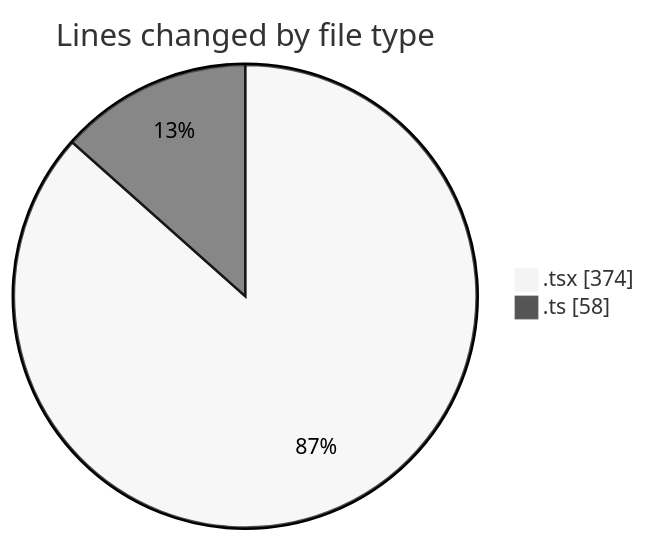
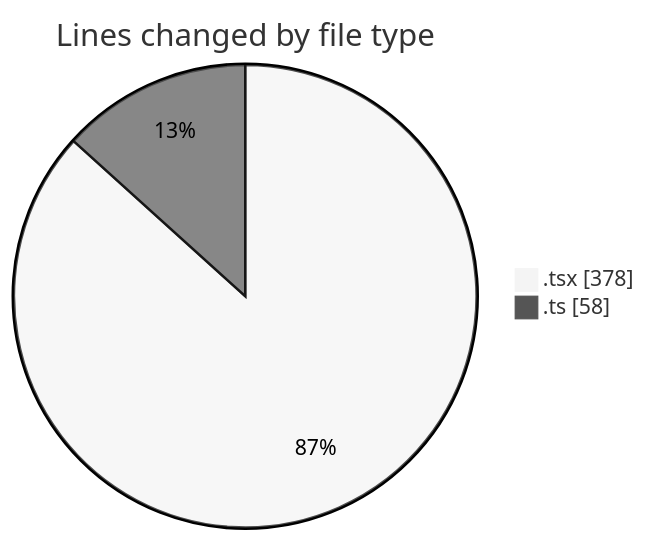
The first of 2 diagrams in 2026-04-17/airfeed-analytics-dashboard/README.md (nxtqubesakshisongat/code-tracking), drawn with Mermaid (neutral theme) before and after one commit. The commit also changed other lines of this file and 1 other file, not shown here.

````diff
--- a/2026-04-17/airfeed-analytics-dashboard/README.md
+++ b/2026-04-17/airfeed-analytics-dashboard/README.md
@@ -22,6 +22,6 @@
 ```mermaid
 pie showData
 title Lines changed by file type
-".tsx" : 374
+".tsx" : 378
 ".ts" : 58
 ```
````
